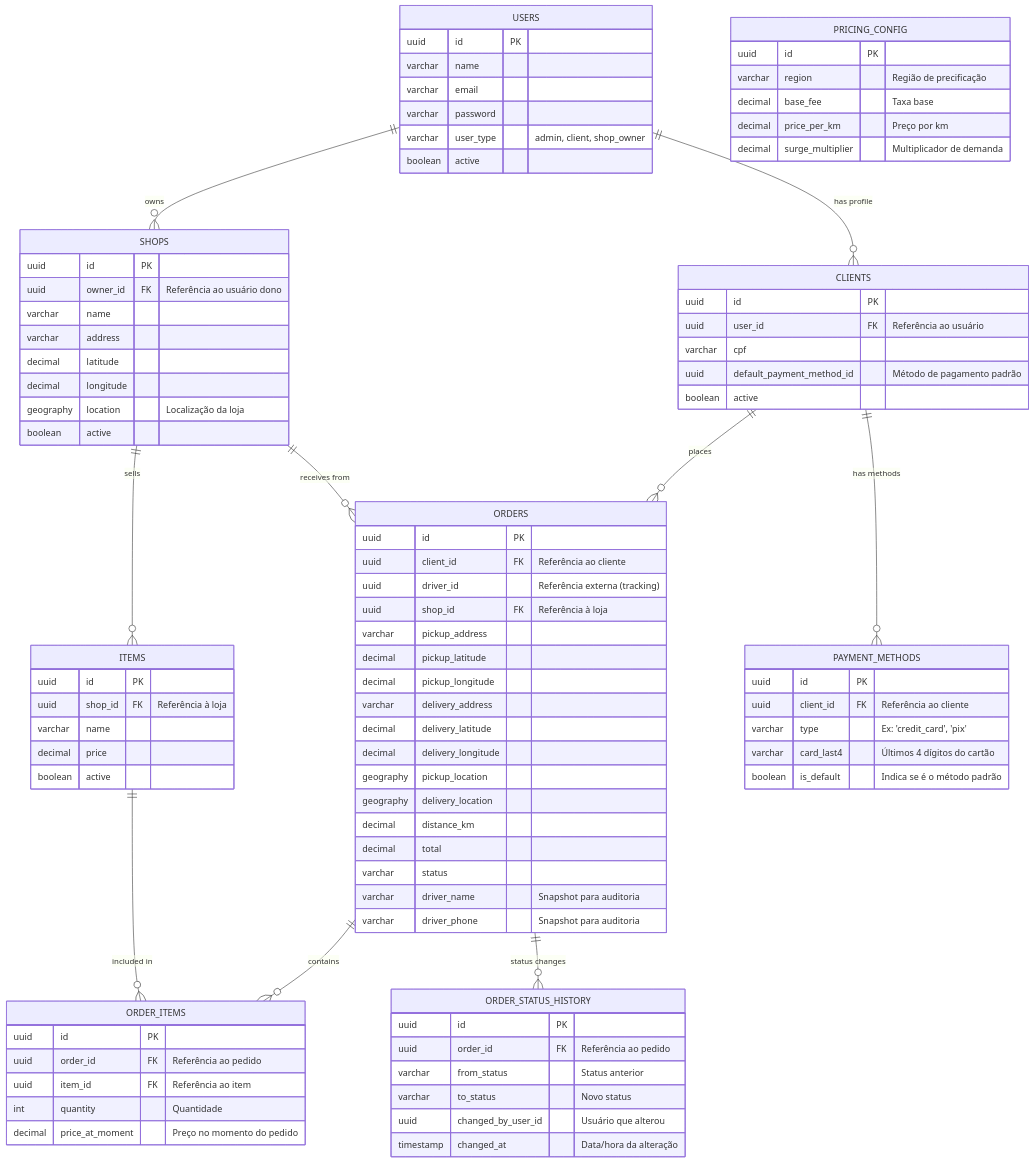
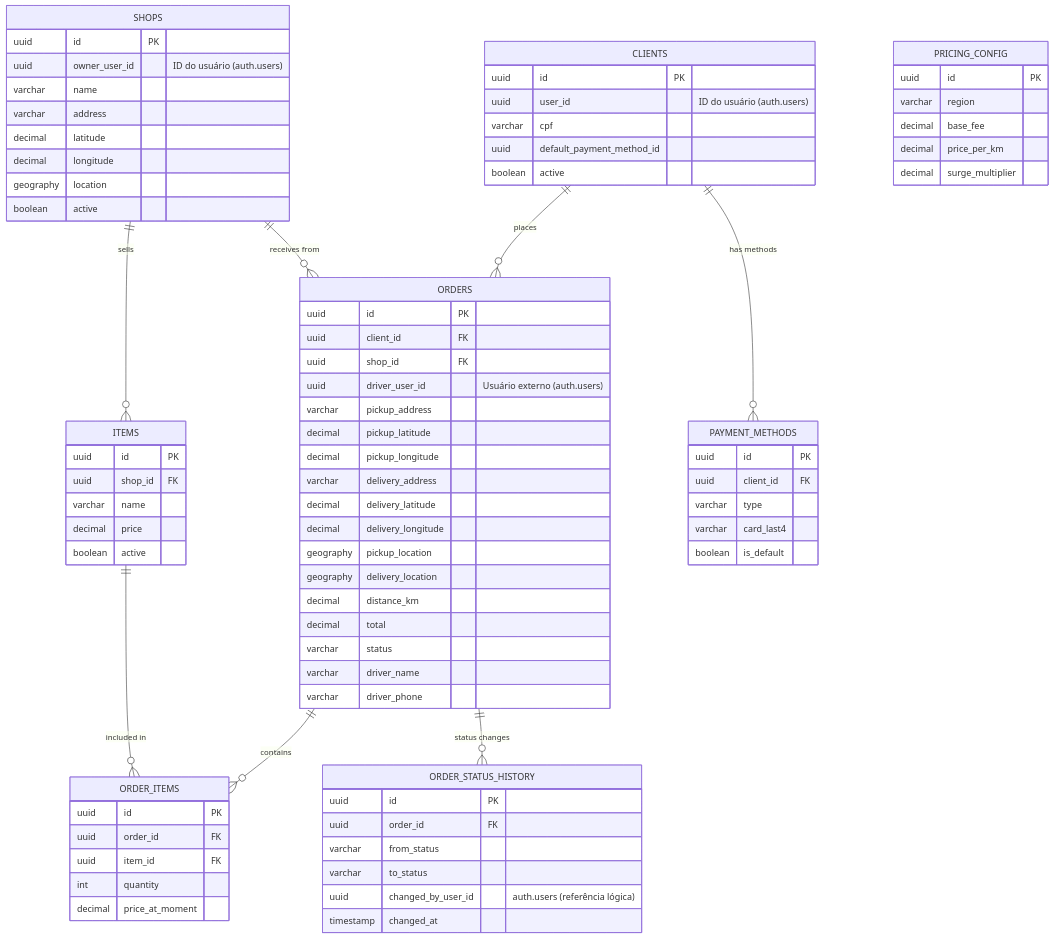
One commit to thiagoDOTjpeg/fleet-infra changed the fifth of 5 diagrams in ARCHITECTURE.MD. Above: the diagram before and after it, drawn with Mermaid. The commit also changed other lines of this file, not shown here.

Commit message:
docs: adiciona ao archtecture tabelas novas e separação de schema no db_fleet_orders

````diff
--- a/ARCHITECTURE.MD
+++ b/ARCHITECTURE.MD
@@ -215,7 +268,5 @@
 ```mermaid
 erDiagram
-    USERS ||--o{ SHOPS : owns
-    USERS ||--o{ CLIENTS : "has profile"
     SHOPS ||--o{ ITEMS : sells
     SHOPS ||--o{ ORDERS : "receives from"
     CLIENTS ||--o{ ORDERS : places
@@ -224,45 +275,36 @@
     ITEMS ||--o{ ORDER_ITEMS : "included in"
     ORDERS ||--o{ ORDER_STATUS_HISTORY : "status changes"
 
-    USERS {
-        uuid id PK
-        varchar name
-        varchar email
-        varchar password
-        varchar user_type "admin, client, shop_owner"
-        boolean active
-    }
-
     PRICING_CONFIG {
         uuid id PK
-        varchar region "Região de precificação"
-        decimal base_fee "Taxa base"
-        decimal price_per_km "Preço por km"
-        decimal surge_multiplier "Multiplicador de demanda"
+        varchar region
+        decimal base_fee
+        decimal price_per_km
+        decimal surge_multiplier
     }
 
     SHOPS {
         uuid id PK
-        uuid owner_id FK "Referência ao usuário dono"
+        uuid owner_user_id "ID do usuário (auth.users)"
         varchar name
         varchar address
         decimal latitude
         decimal longitude
-        geography location "Localização da loja"
+        geography location
         boolean active
     }
 
     CLIENTS {
         uuid id PK
-        uuid user_id FK "Referência ao usuário"
+        uuid user_id "ID do usuário (auth.users)"
         varchar cpf
-        uuid default_payment_method_id "Método de pagamento padrão"
+        uuid default_payment_method_id
         boolean active
     }
 
     ITEMS {
         uuid id PK
-        uuid shop_id FK "Referência à loja"
+        uuid shop_id FK
         varchar name
         decimal price
         boolean active
@@ -270,9 +312,9 @@
 
     ORDERS {
         uuid id PK
-        uuid client_id FK "Referência ao cliente"
-        uuid driver_id "Referência externa (tracking)"
-        uuid shop_id FK "Referência à loja"
+        uuid client_id FK
+        uuid shop_id FK
+        uuid driver_user_id "Usuário externo (auth.users)"
         varchar pickup_address
         decimal pickup_latitude
         decimal pickup_longitude
@@ -284,32 +326,33 @@
         decimal distance_km
         decimal total
         varchar status
-        varchar driver_name "Snapshot para auditoria"
-        varchar driver_phone "Snapshot para auditoria"
+        varchar driver_name
+        varchar driver_phone
     }
 
     PAYMENT_METHODS {
         uuid id PK
-        uuid client_id FK "Referência ao cliente"
-        varchar type "Ex: 'credit_card', 'pix'"
-        varchar card_last4 "Últimos 4 dígitos do cartão"
-        boolean is_default "Indica se é o método padrão"
+        uuid client_id FK
+        varchar type
+        varchar card_last4
+        boolean is_default
     }
 
     ORDER_ITEMS {
         uuid id PK
-        uuid order_id FK "Referência ao pedido"
-        uuid item_id FK "Referência ao item"
-        int quantity "Quantidade"
-        decimal price_at_moment "Preço no momento do pedido"
+        uuid order_id FK
+        uuid item_id FK
+        int quantity
+        decimal price_at_moment
     }
 
     ORDER_STATUS_HISTORY {
         uuid id PK
-        uuid order_id FK "Referência ao pedido"
-        varchar from_status "Status anterior"
-        varchar to_status "Novo status"
-        uuid changed_by_user_id "Usuário que alterou"
-        timestamp changed_at "Data/hora da alteração"
+        uuid order_id FK
+        varchar from_status
+        varchar to_status
+        uuid changed_by_user_id "auth.users (referência lógica)"
+        timestamp changed_at
     }
+
 ```
````
